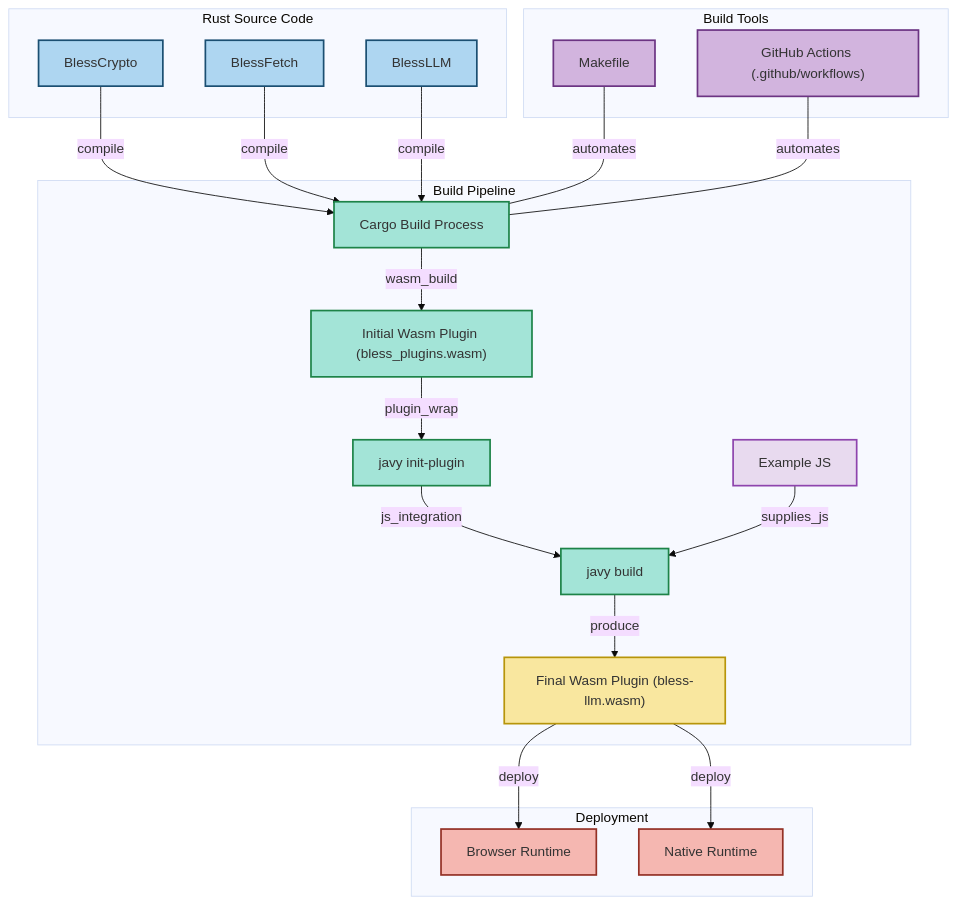
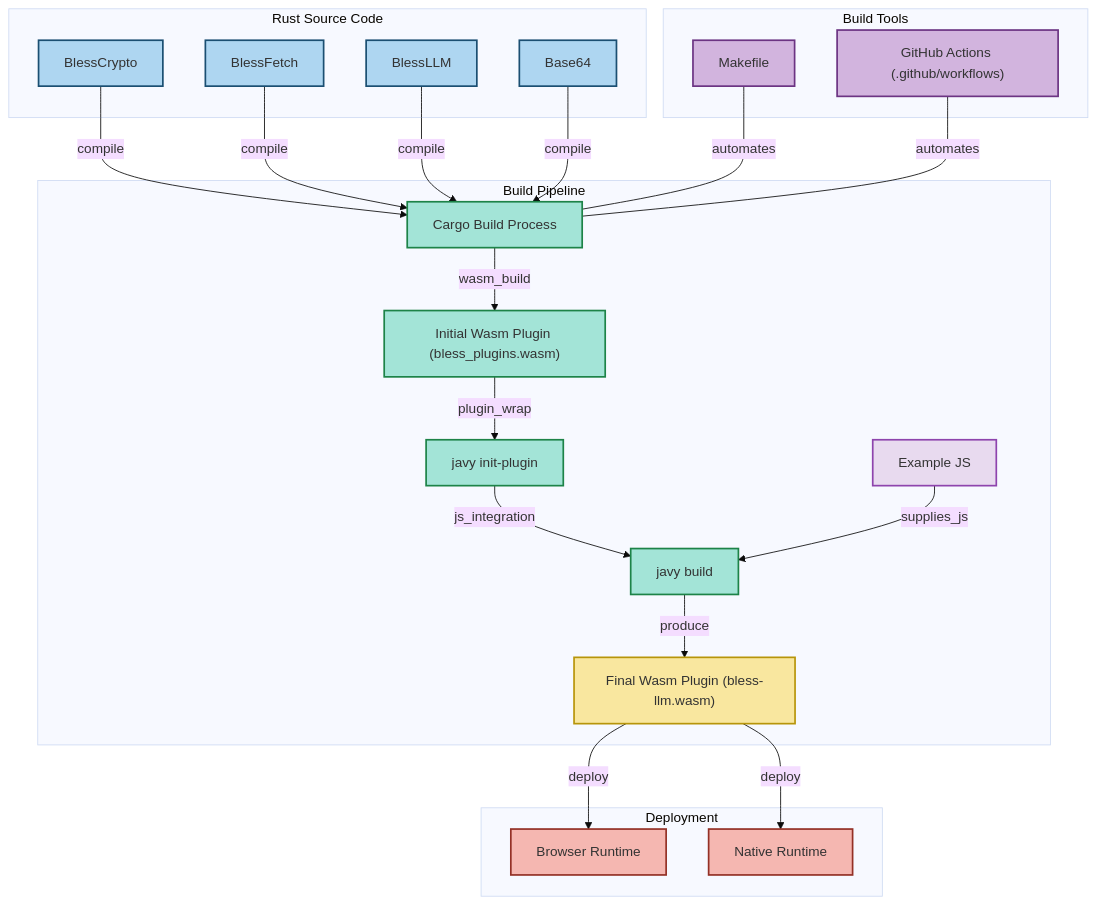
One commit to blessnetwork/javy-bless-plugins changed the diagram in README.md. Above: the diagram before and after it, drawn with Mermaid (base theme). The commit also changed other lines of this file and 4 other files, not shown here.

````diff
--- a/README.md
+++ b/README.md
@@ -15,64 +16,67 @@
 ```mermaid
 flowchart TD
     subgraph "Rust Source Code"
         BC["BlessCrypto"]:::source
         BF["BlessFetch"]:::source
         BL["BlessLLM"]:::source
+        B64["Base64"]:::source
     end
 
     subgraph "Build Pipeline"
         CBP["Cargo Build Process"]:::build
         IWP["Initial Wasm Plugin (bless_plugins.wasm)"]:::build
         JI["javy init-plugin"]:::build
         JB["javy build"]:::build
         FWP["Final Wasm Plugin (bless-llm.wasm)"]:::output
         EJS["Example JS"]:::js
     end
 
     subgraph "Deployment"
         BROWSER["Browser Runtime"]:::deploy
         NATIVE["Native Runtime"]:::deploy
     end
 
     subgraph "Build Tools"
         MF["Makefile"]:::automation
         GHA["GitHub Actions (.github/workflows)"]:::automation
     end
 
     %% Connections: Rust Modules to Build Pipeline
     BC -->|"compile"| CBP
     BF -->|"compile"| CBP
     BL -->|"compile"| CBP
+    B64 -->|"compile"| CBP
 
     %% Build Pipeline Flow
     CBP -->|"wasm_build"| IWP
     IWP -->|"plugin_wrap"| JI
     JI -->|"js_integration"| JB
     EJS -->|"supplies_js"| JB
     JB -->|"produce"| FWP
 
     %% Deployment Connections
     FWP -->|"deploy"| BROWSER
     FWP -->|"deploy"| NATIVE
 
     %% Build Tools Automating Build Process
     MF ---|"automates"| CBP
     GHA ---|"automates"| CBP
 
     %% Click Events
     click BC "https://github.com/blessnetwork/javy-bless-plugins/tree/main/src/crypto"
     click BF "https://github.com/blessnetwork/javy-bless-plugins/tree/main/src/fetch"
     click BL "https://github.com/blessnetwork/javy-bless-plugins/tree/main/src/llm"
+    click B64 "https://github.com/blessnetwork/javy-bless-plugins/tree/main/src/b64"
     click EJS "https://github.com/blessnetwork/javy-bless-plugins/blob/main/examples/llm.js"
     click CBP "https://github.com/blessnetwork/javy-bless-plugins/blob/main/Cargo.toml"
     click MF "https://github.com/blessnetwork/javy-bless-plugins/tree/main/Makefile"
     click GHA "https://github.com/blessnetwork/javy-bless-plugins/tree/main/.github/workflows"
 
     %% Styles
     classDef source fill:#AED6F1,stroke:#1B4F72,stroke-width:2px;
     classDef build fill:#A3E4D7,stroke:#1D8348,stroke-width:2px;
     classDef output fill:#F9E79F,stroke:#B7950B,stroke-width:2px;
     classDef deploy fill:#F5B7B1,stroke:#943126,stroke-width:2px;
     classDef automation fill:#D2B4DE,stroke:#6C3483,stroke-width:2px;
     classDef js fill:#E8DAEF,stroke:#8E44AD,stroke-width:2px;
 ```
````
